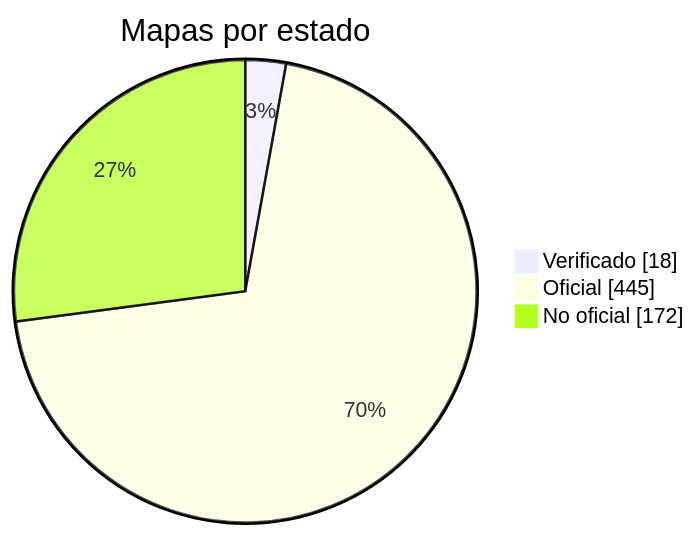
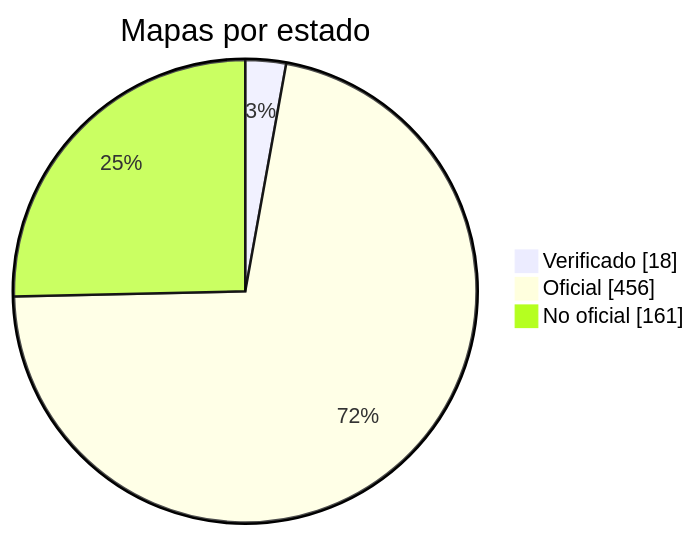
One commit to nobrega8/mbmap-library changed the diagram in docs/readme/README_ES.md. Above: the diagram before and after it, drawn with Mermaid. The commit also changed 16 other files, not shown here.

````diff
--- a/docs/readme/README_ES.md
+++ b/docs/readme/README_ES.md
@@ -54,7 +54,7 @@
 ```mermaid
 pie showData
     title Mapas por estado
     "Verificado" : 18
-    "Oficial" : 445
-    "No oficial" : 172
+    "Oficial" : 456
+    "No oficial" : 161
 ```
````
